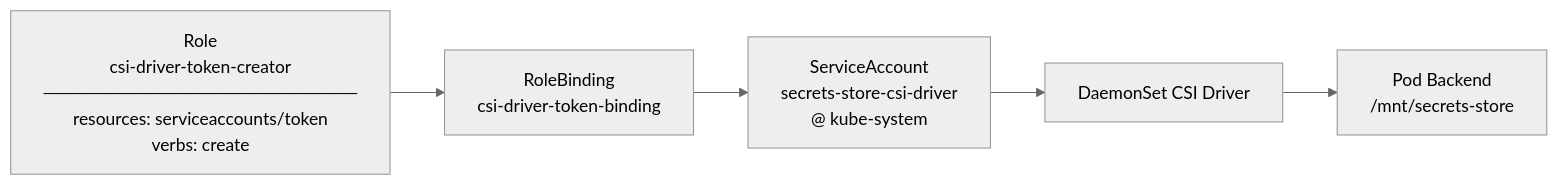
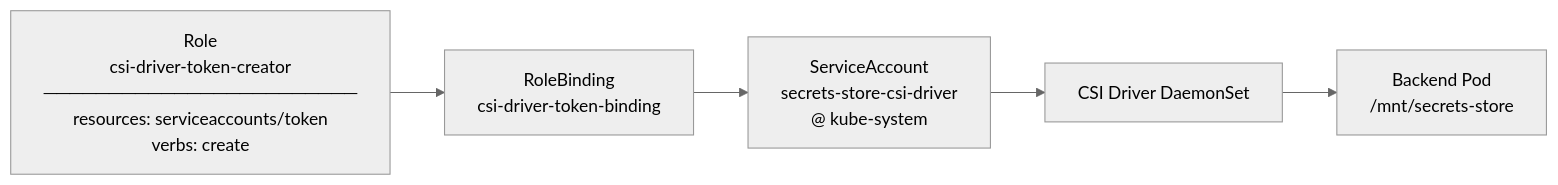
Diagram 11 of 14 in README.MD (chelu-cloud/orchestra-deployment), drawn with Mermaid (neutral theme) before and after one commit. The commit also changed other lines of this file, not shown here.

````diff
--- a/README.MD
+++ b/README.MD
@@ -508,10 +508,10 @@
 ```mermaid
 graph LR
     ROLE["Role\ncsi-driver-token-creator\n────────────────────────\nresources: serviceaccounts/token\nverbs: create"]
     RB["RoleBinding\ncsi-driver-token-binding"]
     SA["ServiceAccount\nsecrets-store-csi-driver\n@ kube-system"]
-    CSI["DaemonSet CSI Driver"]
-    BE["Pod Backend\n/mnt/secrets-store"]
+    CSI["CSI Driver DaemonSet"]
+    BE["Backend Pod\n/mnt/secrets-store"]
 
     ROLE --> RB --> SA --> CSI --> BE
 ```
````
